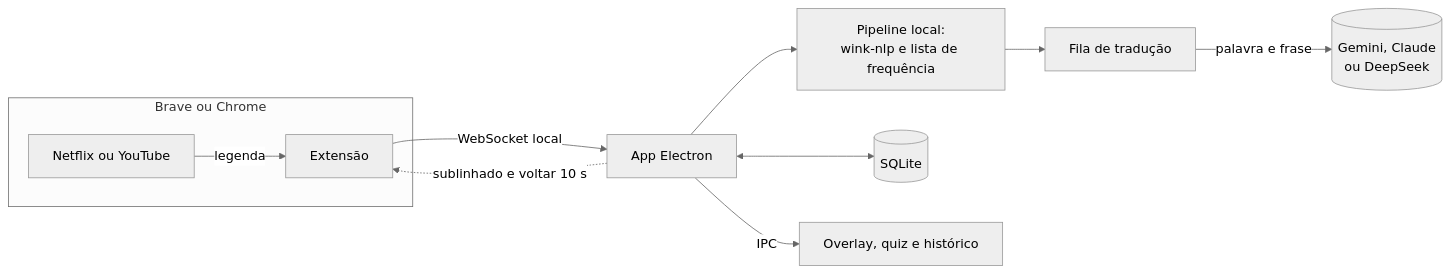
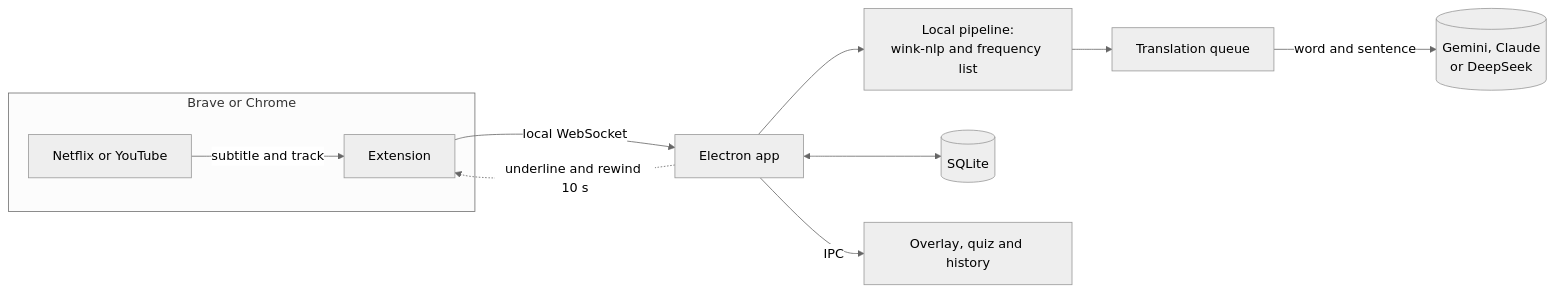
One commit to lucasviinic/legendary changed the diagram in README.md. Above: the diagram before and after it, drawn with Mermaid (neutral theme). The commit also changed other lines of this file, not shown here.

````diff
--- a/README.md
+++ b/README.md
@@ -31,13 +35,13 @@
 ```mermaid
 flowchart LR
-  subgraph browser["Brave ou Chrome"]
-    player["Netflix ou YouTube"] -->|legenda| ext["Extensão"]
+  subgraph browser["Brave or Chrome"]
+    player["Netflix or YouTube"] -->|subtitle and track| ext["Extension"]
   end
-  ext -->|WebSocket local| main["App Electron"]
-  main -.->|sublinhado e voltar 10 s| ext
-  main --> nlp["Pipeline local:<br/>wink-nlp e lista de frequência"]
-  nlp --> queue["Fila de tradução"]
-  queue -->|palavra e frase| ai[("Gemini, Claude<br/>ou DeepSeek")]
+  ext -->|local WebSocket| main["Electron app"]
+  main -.->|underline and rewind 10 s| ext
+  main --> nlp["Local pipeline:<br/>wink-nlp and frequency list"]
+  nlp --> queue["Translation queue"]
+  queue -->|word and sentence| ai[("Gemini, Claude<br/>or DeepSeek")]
   main <--> db[("SQLite")]
-  main -->|IPC| ui["Overlay, quiz e histórico"]
+  main -->|IPC| ui["Overlay, quiz and history"]
 ```
````
